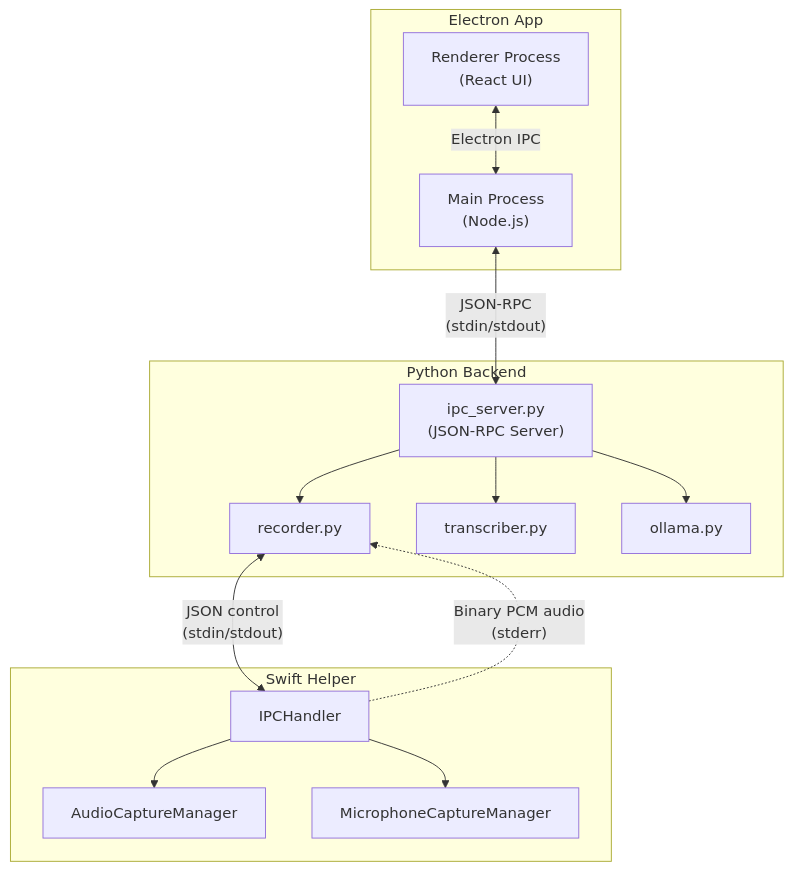
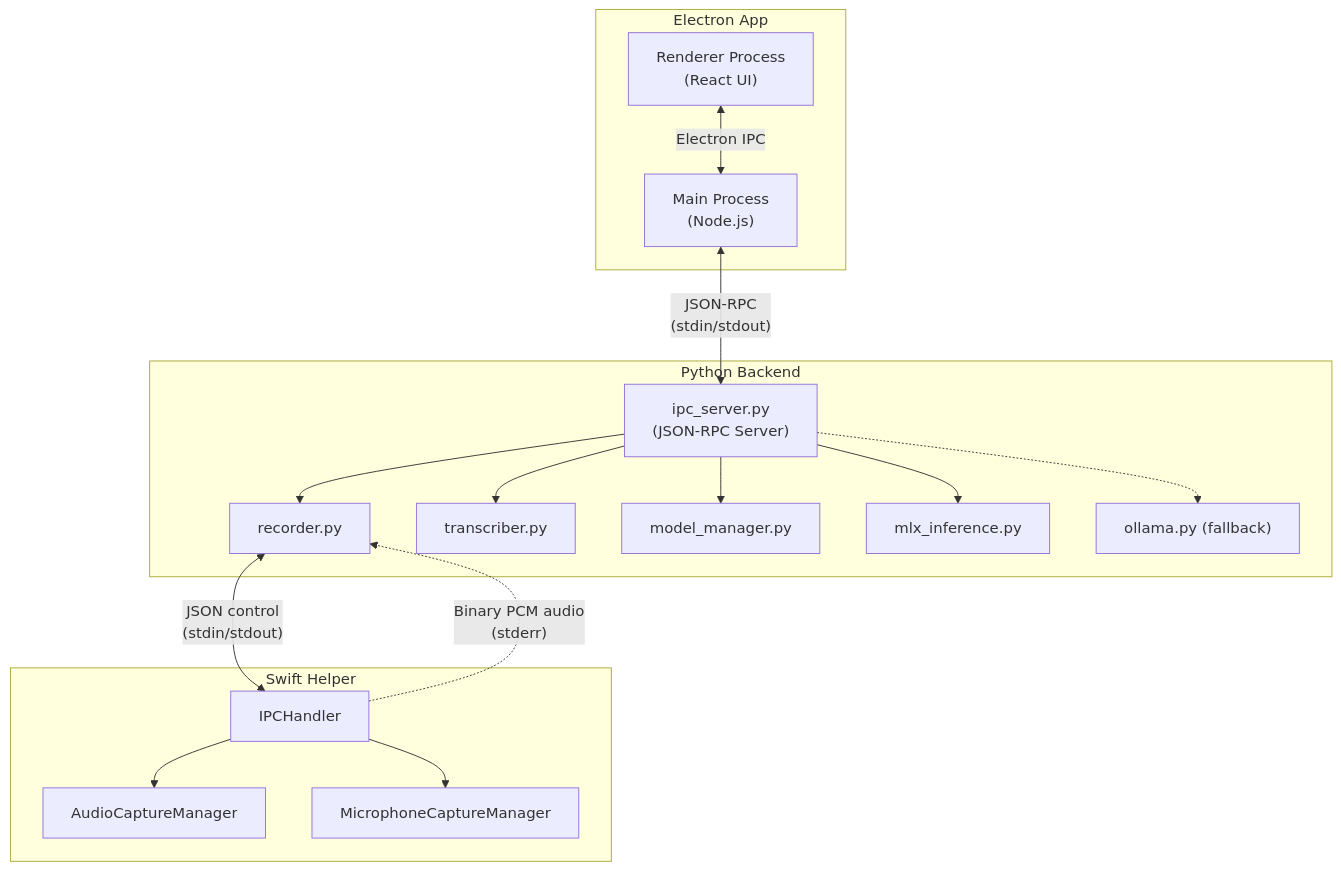
Before and after one commit to KennMackens/courier: the first of 3 diagrams in CLAUDE.md, drawn with Mermaid. The commit also changed other lines of this file and 45 other files, not shown here.

````diff
--- a/CLAUDE.md
+++ b/CLAUDE.md
@@ -90,30 +90,34 @@
 ```mermaid
 graph TB
     subgraph Electron["Electron App"]
         Renderer["Renderer Process<br/>(React UI)"]
         Main["Main Process<br/>(Node.js)"]
     end
 
     subgraph Python["Python Backend"]
         IPC["ipc_server.py<br/>(JSON-RPC Server)"]
         Recorder["recorder.py"]
         Transcriber["transcriber.py"]
-        Ollama["ollama.py"]
+        ModelMgr["model_manager.py"]
+        MLX["mlx_inference.py"]
+        Ollama["ollama.py (fallback)"]
     end
 
     subgraph Swift["Swift Helper"]
         AudioCapture["AudioCaptureManager"]
         MicCapture["MicrophoneCaptureManager"]
         IPCHandler["IPCHandler"]
     end
 
     Renderer <-->|"Electron IPC"| Main
     Main <-->|"JSON-RPC<br/>(stdin/stdout)"| IPC
     IPC --> Recorder
     IPC --> Transcriber
-    IPC --> Ollama
+    IPC --> ModelMgr
+    IPC --> MLX
+    IPC -.-> Ollama
     Recorder <-->|"JSON control<br/>(stdin/stdout)"| IPCHandler
     IPCHandler -.->|"Binary PCM audio<br/>(stderr)"| Recorder
     IPCHandler --> AudioCapture
     IPCHandler --> MicCapture
 ```
````
